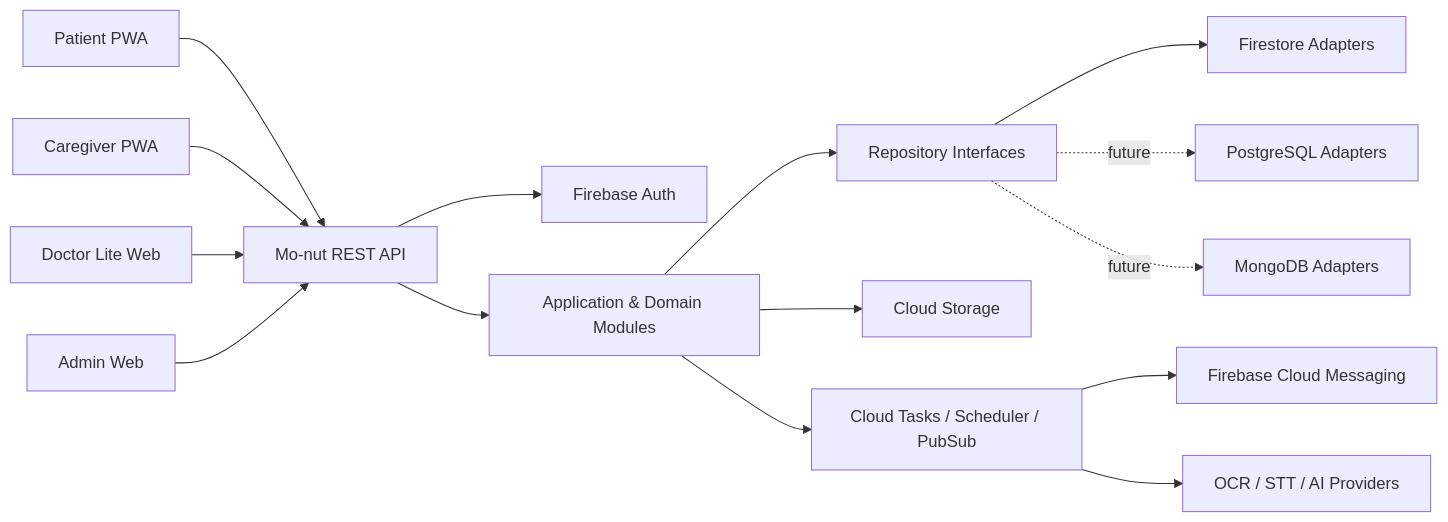
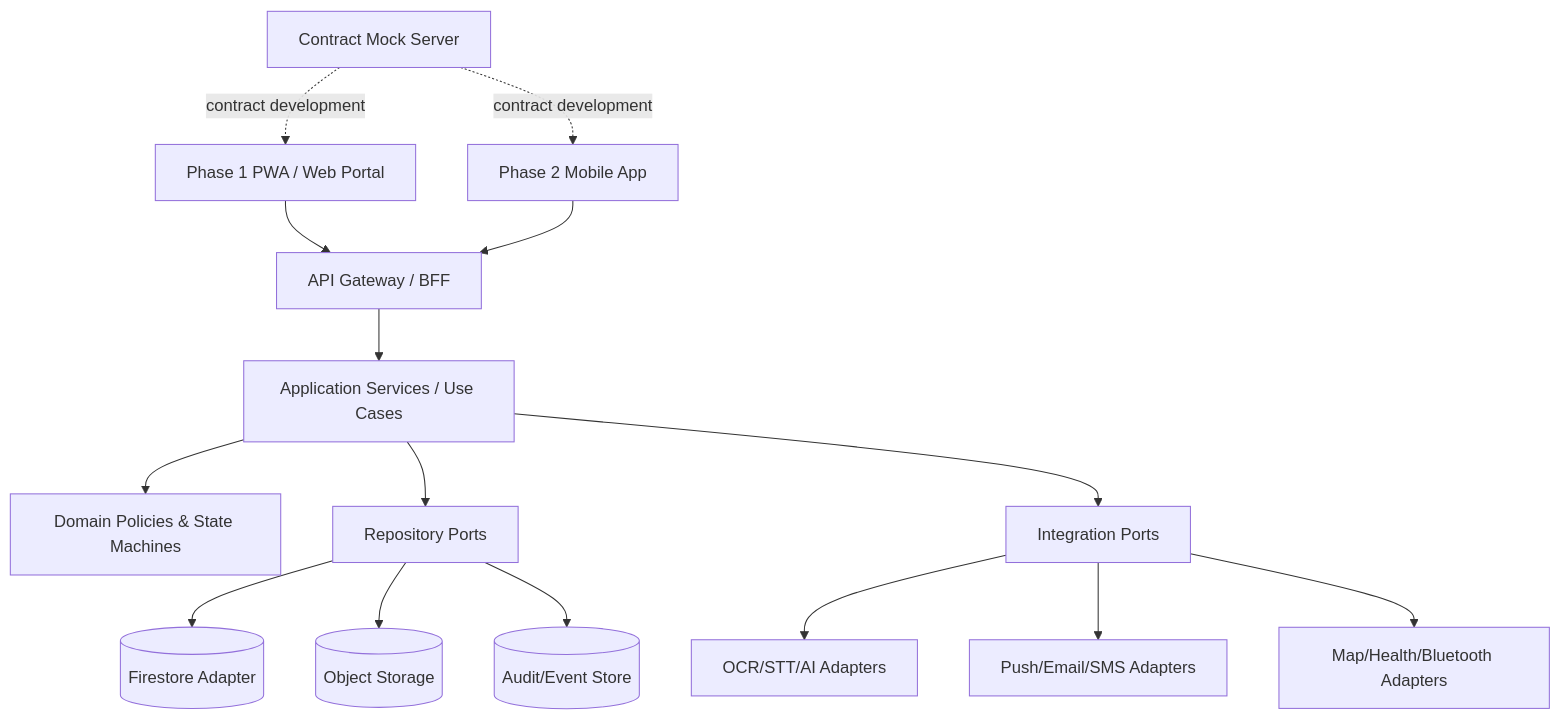
The first of 4 diagrams in docs/design/01-architecture.md (jariyahsoft/mo-nut), drawn with Mermaid before and after one commit. The commit also changed other lines of this file and 17 other files, not shown here.

Commit message:
mo-nut-two-phase

````diff
--- a/docs/design/01-architecture.md
+++ b/docs/design/01-architecture.md
@@ -32,17 +17,31 @@
 ```mermaid
-flowchart LR
-  P[Patient PWA] --> API[Mo-nut REST API]
-  C[Caregiver PWA] --> API
-  D[Doctor Lite Web] --> API
-  A[Admin Web] --> API
-  API --> AUTH[Firebase Auth]
-  API --> DOMAIN[Application & Domain Modules]
-  DOMAIN --> REPO[Repository Interfaces]
-  REPO --> FS[Firestore Adapters]
-  REPO -. future .-> PG[PostgreSQL Adapters]
-  REPO -. future .-> MG[MongoDB Adapters]
-  DOMAIN --> STORAGE[Cloud Storage]
-  DOMAIN --> JOBS[Cloud Tasks / Scheduler / PubSub]
-  JOBS --> FCM[Firebase Cloud Messaging]
-  JOBS --> AI[OCR / STT / AI Providers]
+flowchart TB
+  PWA[Phase 1 PWA / Web Portal]
+  MOB[Phase 2 Mobile App]
+  MOCK[Contract Mock Server]
+  GW[API Gateway / BFF]
+  APP[Application Services / Use Cases]
+  POL[Domain Policies & State Machines]
+  REPO[Repository Ports]
+  INT[Integration Ports]
+  FS[(Firestore Adapter)]
+  OBJ[(Object Storage)]
+  OCR[OCR/STT/AI Adapters]
+  MSG[Push/Email/SMS Adapters]
+  MAP[Map/Health/Bluetooth Adapters]
+  AUD[(Audit/Event Store)]
+
+  PWA --> GW
+  MOB --> GW
+  MOCK -. contract development .-> PWA
+  MOCK -. contract development .-> MOB
+  GW --> APP --> POL
+  APP --> REPO
+  APP --> INT
+  REPO --> FS
+  REPO --> OBJ
+  REPO --> AUD
+  INT --> OCR
+  INT --> MSG
+  INT --> MAP
 ```
````
